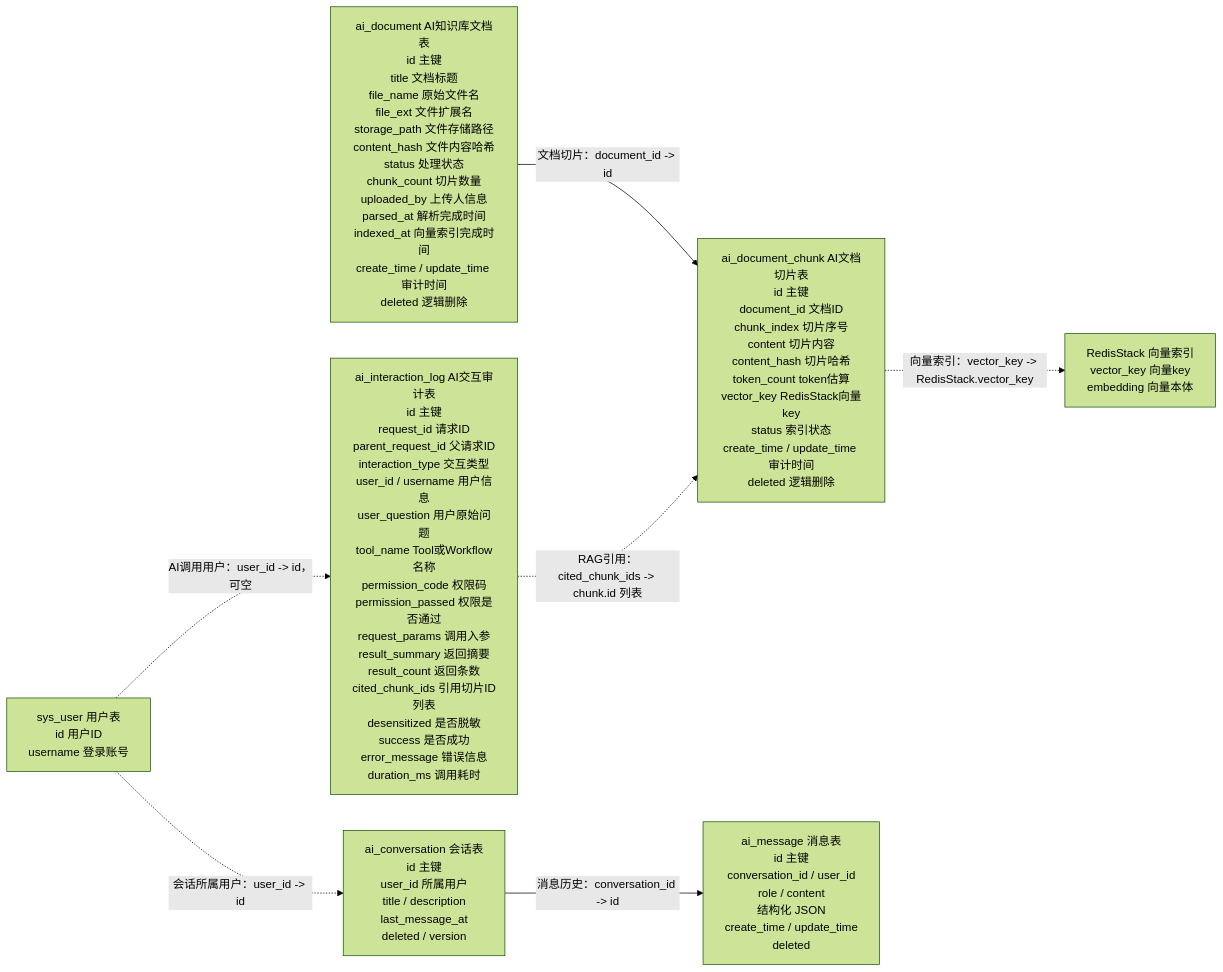
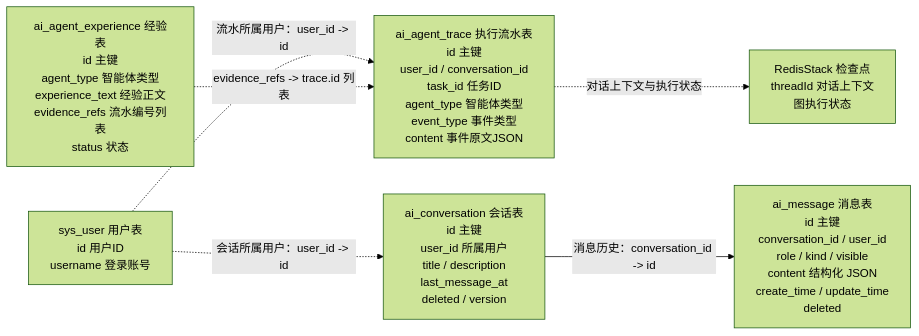
Before and after one commit to LI-S-H/qiheng-erp: diagram 11 of 11 in docs/database/mvp-database-design-overview.md, drawn with Mermaid (forest theme). The commit also changed other lines of this file and 163 other files, not shown here.

````diff
--- a/docs/database/mvp-database-design-overview.md
+++ b/docs/database/mvp-database-design-overview.md
@@ -852,17 +844,15 @@
 ```mermaid
 flowchart LR
-    document["ai_document AI知识库文档表<br/>id 主键<br/>title 文档标题<br/>file_name 原始文件名<br/>file_ext 文件扩展名<br/>storage_path 文件存储路径<br/>content_hash 文件内容哈希<br/>status 处理状态<br/>chunk_count 切片数量<br/>uploaded_by 上传人信息<br/>parsed_at 解析完成时间<br/>indexed_at 向量索引完成时间<br/>create_time / update_time 审计时间<br/>deleted 逻辑删除"]
-    chunk["ai_document_chunk AI文档切片表<br/>id 主键<br/>document_id 文档ID<br/>chunk_index 切片序号<br/>content 切片内容<br/>content_hash 切片哈希<br/>token_count token估算<br/>vector_key RedisStack向量key<br/>status 索引状态<br/>create_time / update_time 审计时间<br/>deleted 逻辑删除"]
-    log["ai_interaction_log AI交互审计表<br/>id 主键<br/>request_id 请求ID<br/>parent_request_id 父请求ID<br/>interaction_type 交互类型<br/>user_id / username 用户信息<br/>user_question 用户原始问题<br/>tool_name Tool或Workflow名称<br/>permission_code 权限码<br/>permission_passed 权限是否通过<br/>request_params 调用入参<br/>result_summary 返回摘要<br/>result_count 返回条数<br/>cited_chunk_ids 引用切片ID列表<br/>desensitized 是否脱敏<br/>success 是否成功<br/>error_message 错误信息<br/>duration_ms 调用耗时"]
     conversation["ai_conversation 会话表<br/>id 主键<br/>user_id 所属用户<br/>title / description<br/>last_message_at<br/>deleted / version"]
-    message["ai_message 消息表<br/>id 主键<br/>conversation_id / user_id<br/>role / content<br/>结构化 JSON<br/>create_time / update_time<br/>deleted"]
-    redis["RedisStack 向量索引<br/>vector_key 向量key<br/>embedding 向量本体"]
+    message["ai_message 消息表<br/>id 主键<br/>conversation_id / user_id<br/>role / kind / visible<br/>content 结构化 JSON<br/>create_time / update_time<br/>deleted"]
+    trace["ai_agent_trace 执行流水表<br/>id 主键<br/>user_id / conversation_id<br/>task_id 任务ID<br/>agent_type 智能体类型<br/>event_type 事件类型<br/>content 事件原文JSON"]
+    experience["ai_agent_experience 经验表<br/>id 主键<br/>agent_type 智能体类型<br/>experience_text 经验正文<br/>evidence_refs 流水编号列表<br/>status 状态"]
+    redis["RedisStack 检查点<br/>threadId 对话上下文<br/>图执行状态"]
     userRef["sys_user 用户表<br/>id 用户ID<br/>username 登录账号"]
 
-    document -->|"文档切片：document_id -> id"| chunk
-    chunk -.->|"向量索引：vector_key -> RedisStack.vector_key"| redis
-    log -.->|"RAG引用：cited_chunk_ids -> chunk.id 列表"| chunk
-    userRef -.->|"AI调用用户：user_id -> id，可空"| log
     userRef -.->|"会话所属用户：user_id -> id"| conversation
+    userRef -.->|"流水所属用户：user_id -> id"| trace
     conversation -->|"消息历史：conversation_id -> id"| message
+    trace -.->|"对话上下文与执行状态"| redis
+    experience -.->|"evidence_refs -> trace.id 列表"| trace
 ```
````
